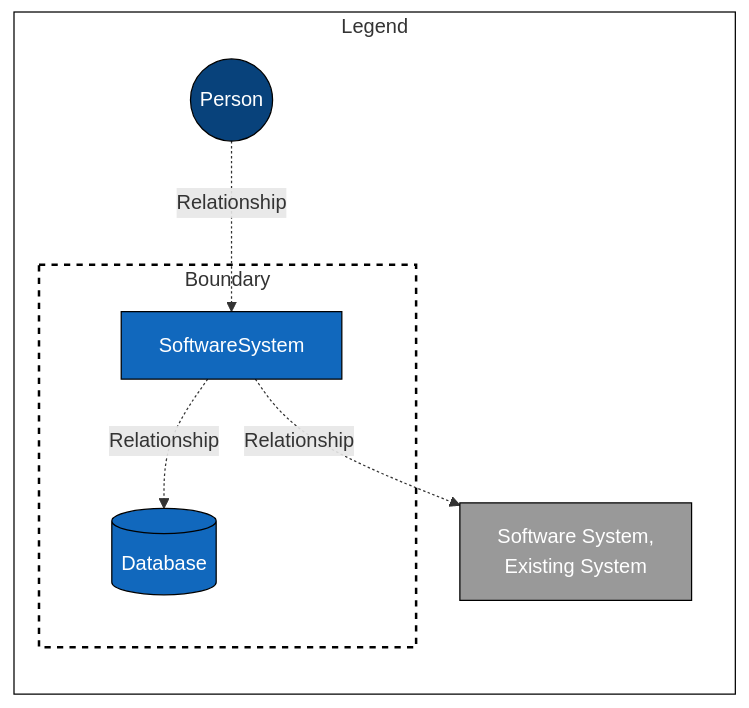
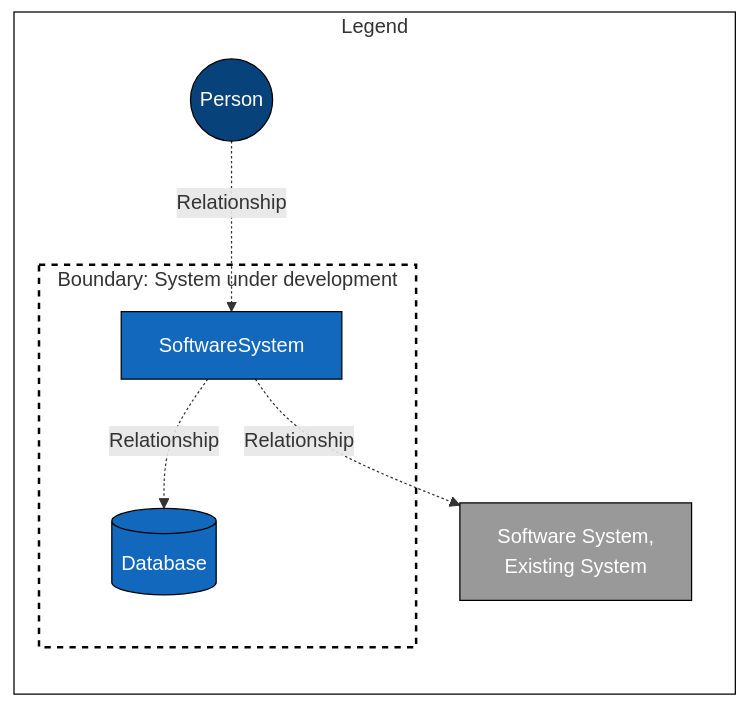
One commit to sebastian-bergt/c4model_mermaid changed the second of 2 diagrams in README.md. Above: the diagram before and after it, drawn with Mermaid.

Commit message:
Update README.md
Updated boundary for containers

````diff
--- a/README.md
+++ b/README.md
@@ -38,28 +38,28 @@
 ```mermaid
 graph LR
     %% C4 style classes c4model.com %%
     classDef person fill:#08427b,stroke:#000,color:#FFF;
     classDef container fill:#1168bd,stroke:#000,color:#FFF;
     classDef database fill:#1168bd,stroke:#000,color:#FFF;
     classDef existing fill:#999999,stroke:#000,color:#FFF;
     classDef boundary fill:#FFF,stroke:#000,stroke-width:2px,stroke-dasharray: 5 5;
     classDef frame fill:#FFF,stroke:#000
 
     %% nodes %%
     Person((Person)):::person
     SoftwareSystem:::container
     ExistingSystem["Software System,<br>Existing System"]:::existing
     Database[(Database)]:::database
 
     %% connections and boundaries %%
     
     subgraph Legend
         Person-.->|Relationship| SoftwareSystem
-        subgraph Boundary
+        subgraph Boundary["Boundary: System under development"]
             SoftwareSystem-.->|Relationship| Database
         end
         class Boundary boundary
         SoftwareSystem-.->|Relationship| ExistingSystem
     end
     class Legend frame
 ```
````
